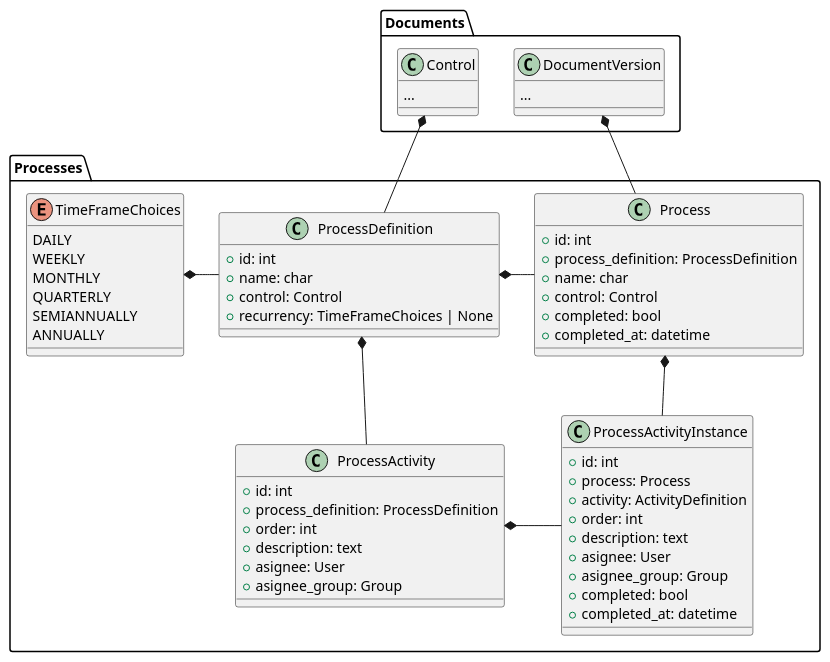
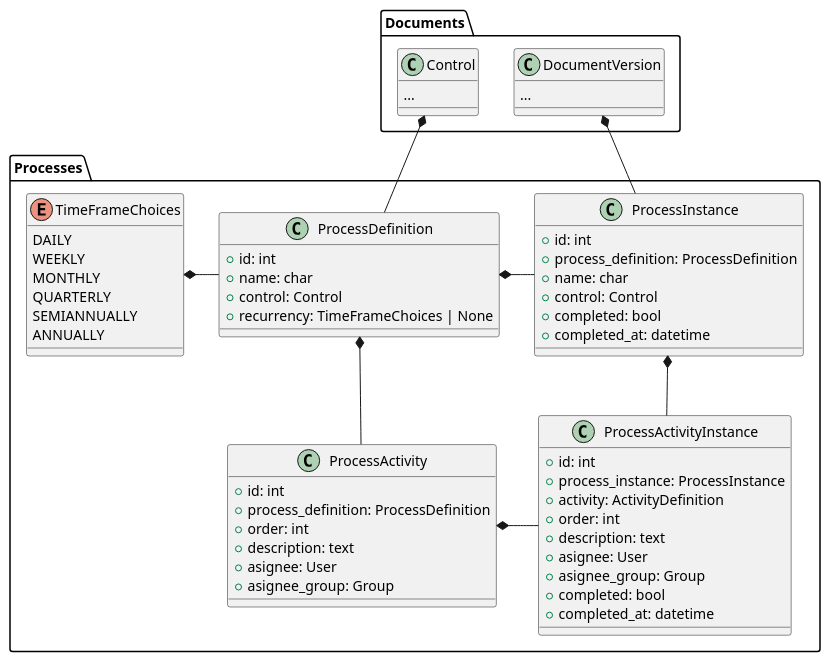
The fourth of 4 diagrams in docs/rfc/InitialModellingRFC.md (Gabo-araya/sgsi_ext), drawn with PlantUML before and after one commit. The commit also changed other lines of this file and 18 other files, not shown here.

Commit message:
feat: rename Process to ProcessInstance

````diff
--- a/docs/rfc/InitialModellingRFC.md
+++ b/docs/rfc/InitialModellingRFC.md
@@ -187,62 +187,62 @@
 ```plantuml
 package Processes {
     class ProcessDefinition {
         + id: int
         + name: char
         + control: Control
         + recurrency: TimeFrameChoices | None
     }
-    class Process {
+    class ProcessInstance {
         + id: int
         + process_definition: ProcessDefinition
         + name: char
         + control: Control
         + completed: bool
         + completed_at: datetime
     }
     class ProcessActivity {
         + id: int
         + process_definition: ProcessDefinition
         + order: int
         + description: text
         + asignee: User
         + asignee_group: Group
     }
     class ProcessActivityInstance {
         + id: int
-        + process: Process
+        + process_instance: ProcessInstance
         + activity: ActivityDefinition
         + order: int
         + description: text
         + asignee: User
         + asignee_group: Group
         + completed: bool
         + completed_at: datetime
     }
     enum TimeFrameChoices {
         DAILY
         WEEKLY
         MONTHLY
         QUARTERLY
         SEMIANNUALLY
         ANNUALLY
     }
 }
 
 class Documents.Control {
     ...
 }
 
 class Documents.DocumentVersion {
     ...
 }
 
 
 Processes.ProcessDefinition -up-* Documents.Control
 Processes.ProcessDefinition -left* Processes.TimeFrameChoices
-Processes.Process -up-* Documents.DocumentVersion
-Processes.Process -left* Processes.ProcessDefinition
+Processes.ProcessInstance -up-* Documents.DocumentVersion
+Processes.ProcessInstance -left* Processes.ProcessDefinition
 Processes.ProcessActivity --* Processes.ProcessDefinition
 Processes.ProcessActivityInstance -* Processes.ProcessActivity
-Processes.ProcessActivityInstance -up-* Processes.Process
+Processes.ProcessActivityInstance -up-* Processes.ProcessInstance
 ```
````
